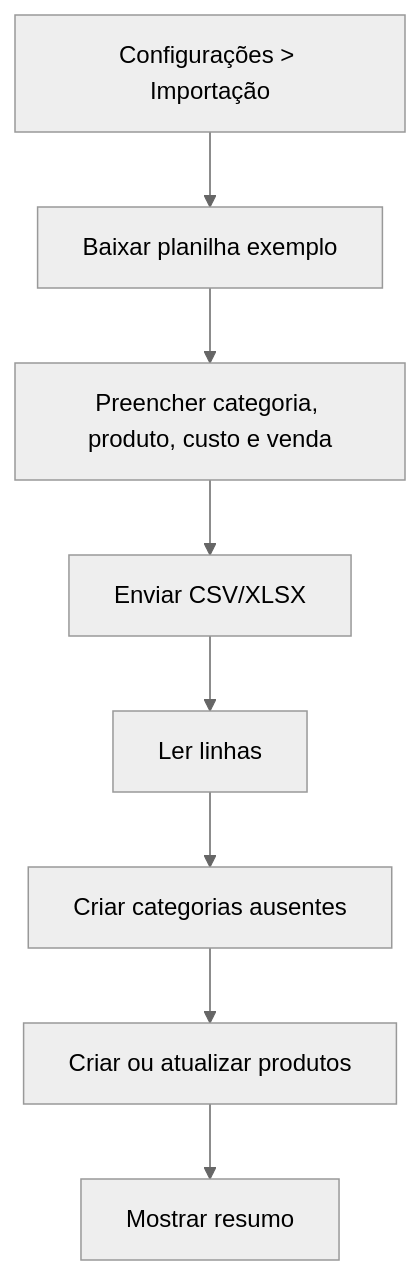
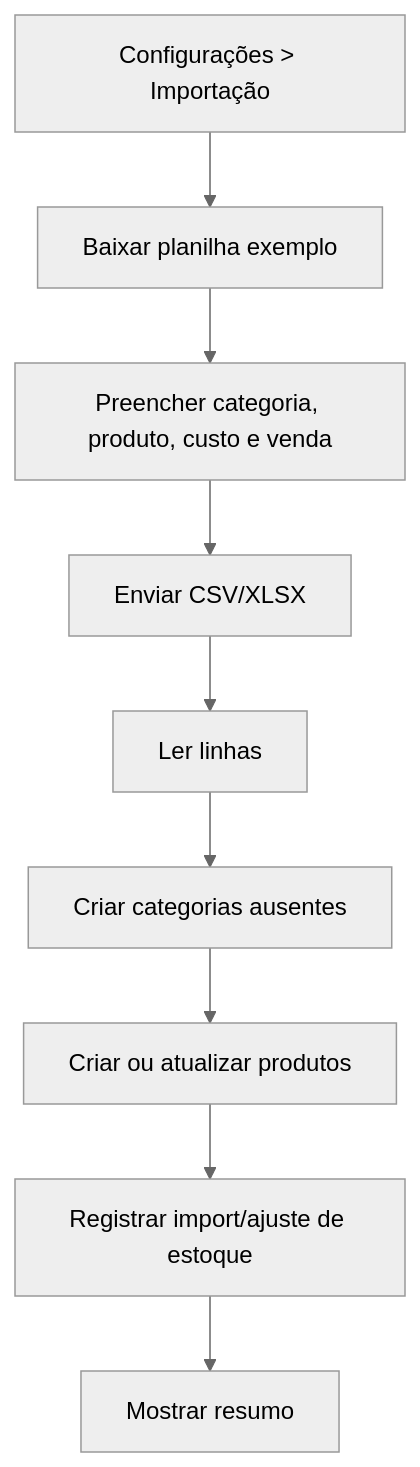
The eighth of 11 diagrams in docs/06-fluxo-sistema.md (RafaelBG7/pdv2026), drawn with Mermaid (neutral theme) before and after one commit. The commit also changed other lines of this file and 64 other files, not shown here.

````diff
--- a/docs/06-fluxo-sistema.md
+++ b/docs/06-fluxo-sistema.md
@@ -106,10 +137,11 @@
 ```mermaid
 flowchart TD
     A["Configurações > Importação"] --> B["Baixar planilha exemplo"]
     B --> C["Preencher categoria, produto, custo e venda"]
     C --> D["Enviar CSV/XLSX"]
     D --> E["Ler linhas"]
     E --> F["Criar categorias ausentes"]
     F --> G["Criar ou atualizar produtos"]
-    G --> H["Mostrar resumo"]
+    G --> I["Registrar import/ajuste de estoque"]
+    I --> H["Mostrar resumo"]
 ```
````
